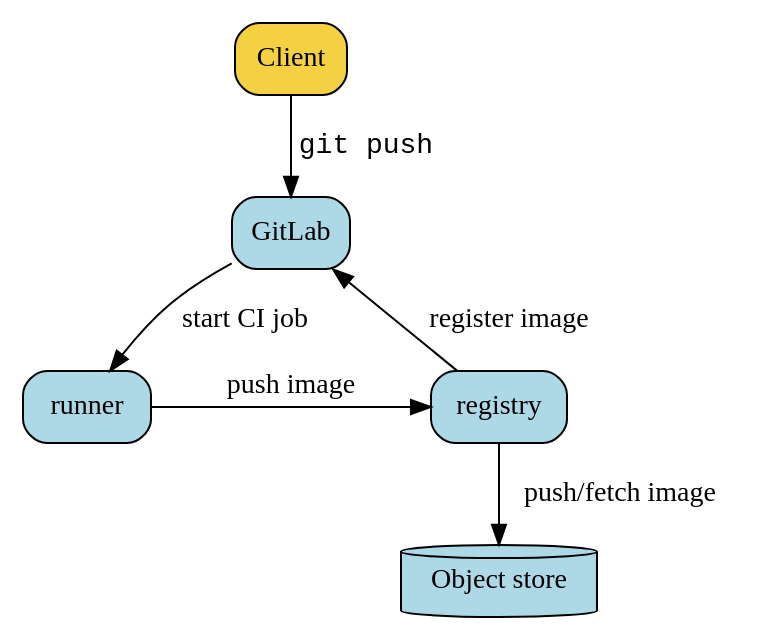
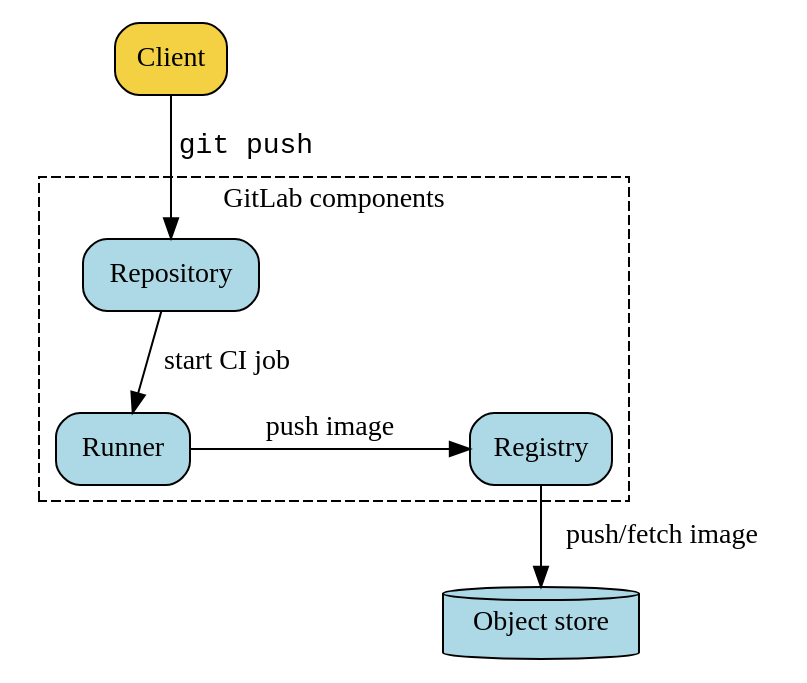
One commit to SwissDataScienceCenter/renku changed the diagram in docs/_static/graphviz/gitlab_components_architecture.dot. Above: the diagram before and after it, drawn with Graphviz.

Commit message:
docs: make a subgraph for gitlab components

```diff
--- a/docs/_static/graphviz/gitlab_components_architecture.dot
+++ b/docs/_static/graphviz/gitlab_components_architecture.dot
@@ -1,25 +1,27 @@
 strict digraph architecture {
   compound=true;
   newrank=true;
 
   graph [fontname="Raleway", nodesep="0.8"];
   node [shape="rect", style="filled,rounded", fontname="Raleway"];
   edge [fontname="Raleway"]
 
   Client [fillcolor="#f4d142"]
-  storage [fillcolor="lightblue", label="Object store", shape="cylinder"]
+  Storage [fillcolor="lightblue", label="Object store", shape="cylinder"]
 
-  # main off-the-shelf services
-  GitLab [fillcolor="lightblue"]
+  subgraph cluster_gitlab {
+    label="GitLab components"
+    style="dashed";
+    Repository [fillcolor="lightblue"]
+    Runner [fillcolor="lightblue"]
+    Registry [fillcolor="lightblue"]
 
-  # gitlab-ci
-  runner [fillcolor="lightblue"]
-  registry [fillcolor="lightblue"]
+    Repository -> Runner [label=" start CI job"]
+    Runner -> Registry [label=" push image"]
+    {rank=same; Runner, Registry};
+  }
 
-  Client -> GitLab [label=" git push" fontname="courier"]
-  GitLab -> runner [label=" start CI job", lhead=cluster_ci]
-  runner -> registry [label=" push image"]
-  registry -> GitLab [label=" register image"]
-  registry -> storage [label=" push/fetch image"]
-  {rank=same; "runner", registry};
+  Client -> Repository [label=" git push" fontname="courier"]
+  Registry -> Storage [label=" push/fetch image"]
+
 }
```
